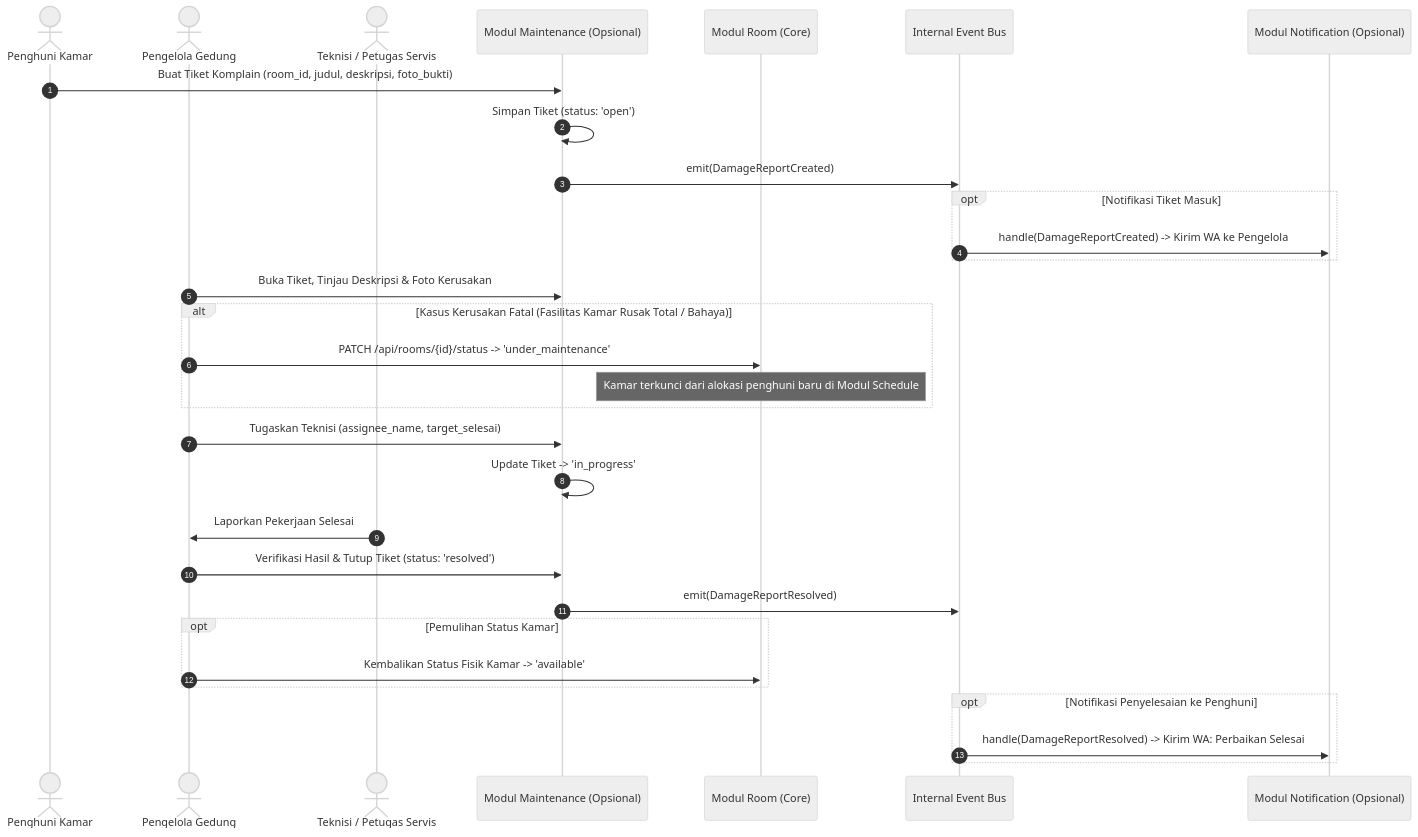
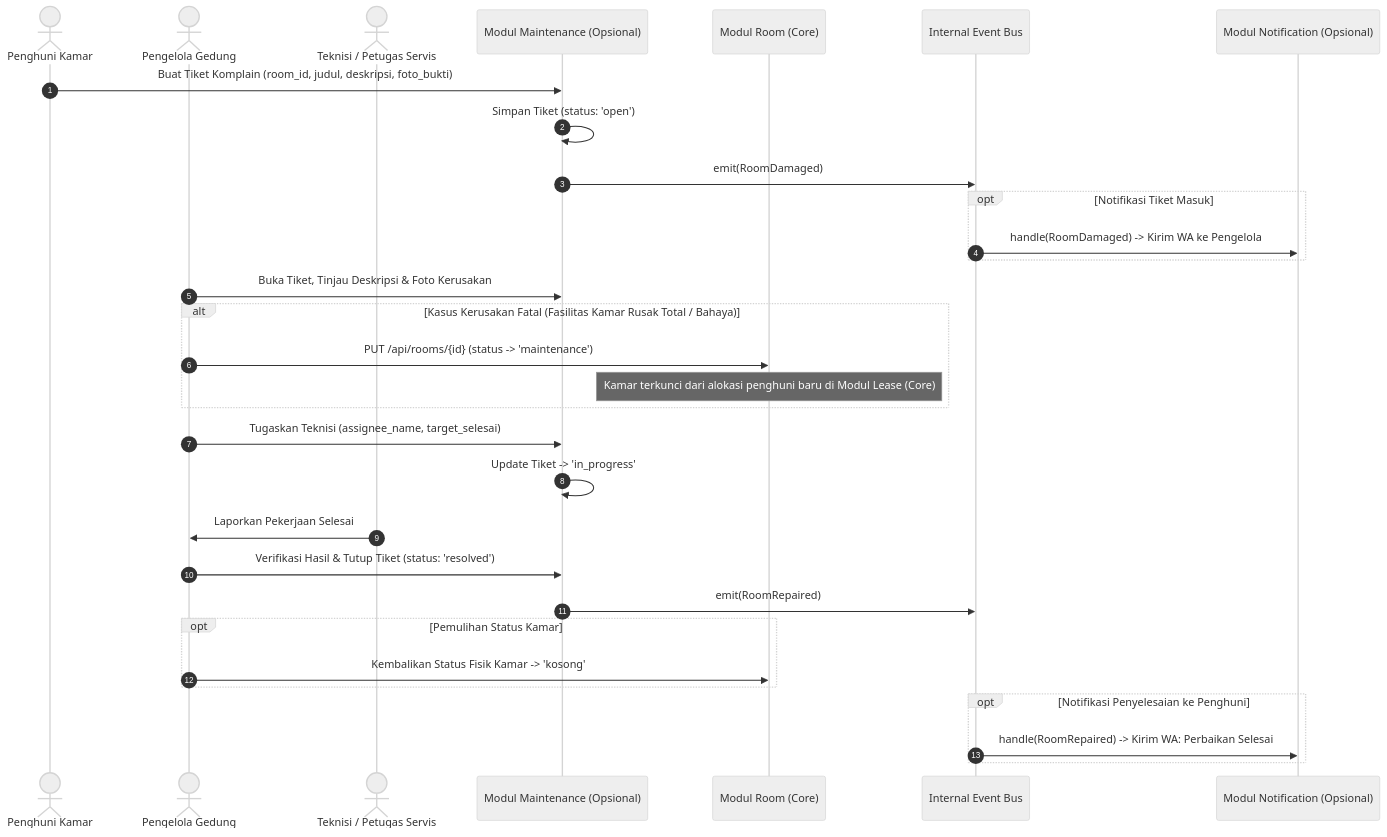
The diagram in PA/docs/System design/02-BPMN/03_laporan_kerusakan_fasilitas/alur_laporan_kerusakan.mmd (ALFIAN-code/management-kost), drawn with Mermaid (neutral theme) before and after one commit. The commit also changed 221 other files, not shown here.

```diff
--- a/PA/docs/System design/02-BPMN/03_laporan_kerusakan_fasilitas/alur_laporan_kerusakan.mmd
+++ b/PA/docs/System design/02-BPMN/03_laporan_kerusakan_fasilitas/alur_laporan_kerusakan.mmd
@@ -1,39 +1,39 @@
 sequenceDiagram
   autonumber
   actor Resident as Penghuni Kamar
   actor Admin as Pengelola Gedung
   actor Tech as Teknisi / Petugas Servis
   participant Maint as Modul Maintenance (Opsional)
   participant Room as Modul Room (Core)
   participant Bus as Internal Event Bus
   participant Notif as Modul Notification (Opsional)
 
   Resident->>Maint: Buat Tiket Komplain (room_id, judul, deskripsi, foto_bukti)
   Maint->>Maint: Simpan Tiket (status: 'open')
-  Maint->>Bus: emit(DamageReportCreated)
+  Maint->>Bus: emit(RoomDamaged)
   
   opt Notifikasi Tiket Masuk
-    Bus->>Notif: handle(DamageReportCreated) -> Kirim WA ke Pengelola
+    Bus->>Notif: handle(RoomDamaged) -> Kirim WA ke Pengelola
   end
 
   Admin->>Maint: Buka Tiket, Tinjau Deskripsi & Foto Kerusakan
   
   alt Kasus Kerusakan Fatal (Fasilitas Kamar Rusak Total / Bahaya)
-    Admin->>Room: PATCH /api/rooms/{id}/status -> 'under_maintenance'
-    Note over Room: Kamar terkunci dari alokasi penghuni baru di Modul Schedule
+    Admin->>Room: PUT /api/rooms/{id} (status -> 'maintenance')
+    Note over Room: Kamar terkunci dari alokasi penghuni baru di Modul Lease (Core)
   end
 
   Admin->>Maint: Tugaskan Teknisi (assignee_name, target_selesai)
   Maint->>Maint: Update Tiket -> 'in_progress'
 
   Tech->>Admin: Laporkan Pekerjaan Selesai
   Admin->>Maint: Verifikasi Hasil & Tutup Tiket (status: 'resolved')
-  Maint->>Bus: emit(DamageReportResolved)
+  Maint->>Bus: emit(RoomRepaired)
 
   opt Pemulihan Status Kamar
-    Admin->>Room: Kembalikan Status Fisik Kamar -> 'available'
+    Admin->>Room: Kembalikan Status Fisik Kamar -> 'kosong'
   end
 
   opt Notifikasi Penyelesaian ke Penghuni
-    Bus->>Notif: handle(DamageReportResolved) -> Kirim WA: Perbaikan Selesai
+    Bus->>Notif: handle(RoomRepaired) -> Kirim WA: Perbaikan Selesai
   end
```
